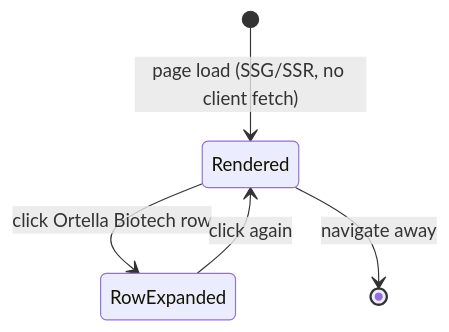
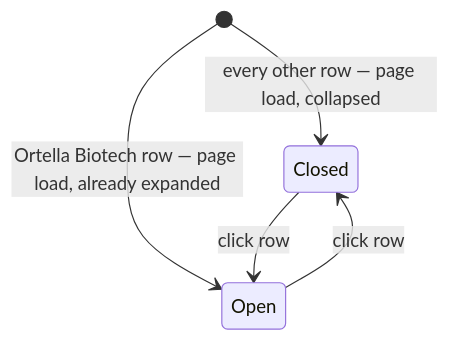
The second of 2 diagrams in apps/docs/content/specs/features/045-education-index-demo/045-design.md (doctor-school/ds-platform), drawn with Mermaid before and after one commit. The commit also changed other lines of this file and 3 other files, not shown here.

````diff
--- a/apps/docs/content/specs/features/045-education-index-demo/045-design.md
+++ b/apps/docs/content/specs/features/045-education-index-demo/045-design.md
@@ -40,7 +40,9 @@
 ```mermaid
 stateDiagram-v2
-  [*] --> Rendered: page load (SSG/SSR, no client fetch)
-  Rendered --> RowExpanded: click Ortella Biotech row
-  RowExpanded --> Rendered: click again
-  Rendered --> [*]: navigate away
+  state "Closed" as Closed
+  state "Open" as Open
+  [*] --> Open: Ortella Biotech row — page load, already expanded
+  [*] --> Closed: every other row — page load, collapsed
+  Closed --> Open: click row
+  Open --> Closed: click row
 ```
````
